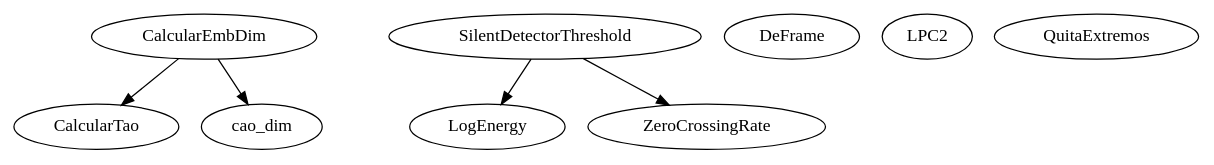
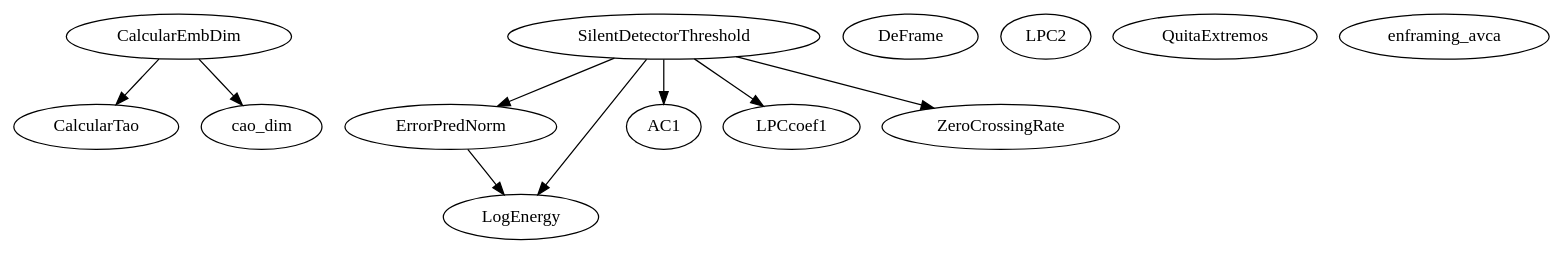
The diagram in doc/src/Aux/graph.dot (jorgomezga/AVCA-ByO), drawn with Graphviz before and after one commit. The commit also changed 198 other files, not shown here.

```diff
--- a/doc/src/Aux/graph.dot
+++ b/doc/src/Aux/graph.dot
@@ -1,17 +1,25 @@
 /* Created by mdot for Matlab */
 digraph m2html {
   CalcularEmbDim -> CalcularTao;
   CalcularEmbDim -> cao_dim;
+  ErrorPredNorm -> LogEnergy;
+  SilentDetectorThreshold -> AC1;
+  SilentDetectorThreshold -> ErrorPredNorm;
+  SilentDetectorThreshold -> LPCcoef1;
   SilentDetectorThreshold -> LogEnergy;
   SilentDetectorThreshold -> ZeroCrossingRate;
 
+  AC1 [URL="AC1.html"];
   CalcularEmbDim [URL="CalcularEmbDim.html"];
   CalcularTao [URL="CalcularTao.html"];
   DeFrame [URL="DeFrame.html"];
+  ErrorPredNorm [URL="ErrorPredNorm.html"];
   LPC2 [URL="LPC2.html"];
+  LPCcoef1 [URL="LPCcoef1.html"];
   LogEnergy [URL="LogEnergy.html"];
   QuitaExtremos [URL="QuitaExtremos.html"];
   SilentDetectorThreshold [URL="SilentDetectorThreshold.html"];
   ZeroCrossingRate [URL="ZeroCrossingRate.html"];
   cao_dim [URL="cao_dim.html"];
+  enframing_avca [URL="enframing_avca.html"];
 }
```
